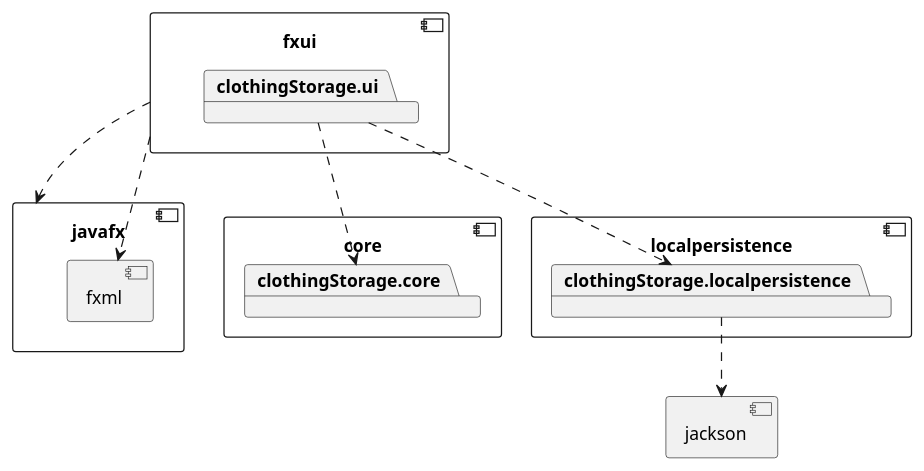
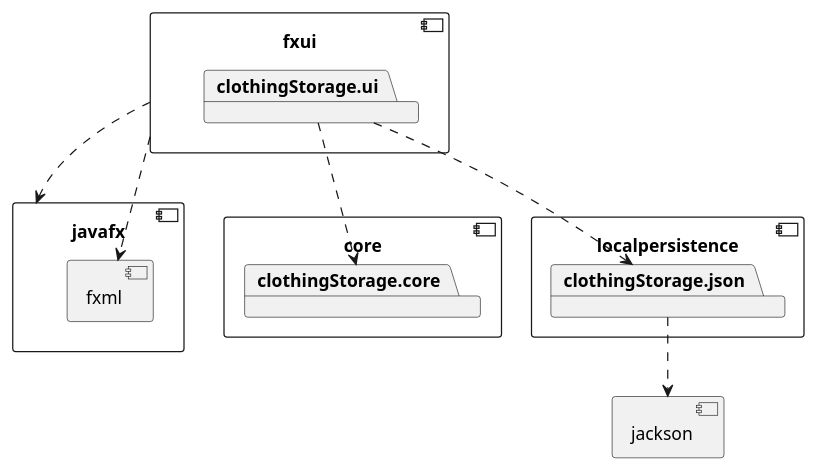
Before and after one commit to olejacobmellgren/clothingStorage: the diagram in clothingStorage/architecture.puml, drawn with PlantUML. The commit also changed 1 other file, not shown here.

```diff
--- a/clothingStorage/architecture.puml
+++ b/clothingStorage/architecture.puml
@@ -1,31 +1,31 @@
 @startuml architecture
 
 component core {
 	package clothingStorage.core
 }
 
 component localpersistence {
-	package clothingStorage.localpersistence
+	package clothingStorage.json
 }
 
 component fxui {
 	package clothingStorage.ui
 }
 
 clothingStorage.ui ..> clothingStorage.core
-clothingStorage.ui ..> clothingStorage.localpersistence
+clothingStorage.ui ..> clothingStorage.json
 
 component jackson {
 }
 
-clothingStorage.localpersistence ..> jackson
+clothingStorage.json ..> jackson
 
 component javafx {
 	component fxml {
 	}
 }
 
 fxui ..> javafx
 fxui ..> fxml
 
 @enduml
```
